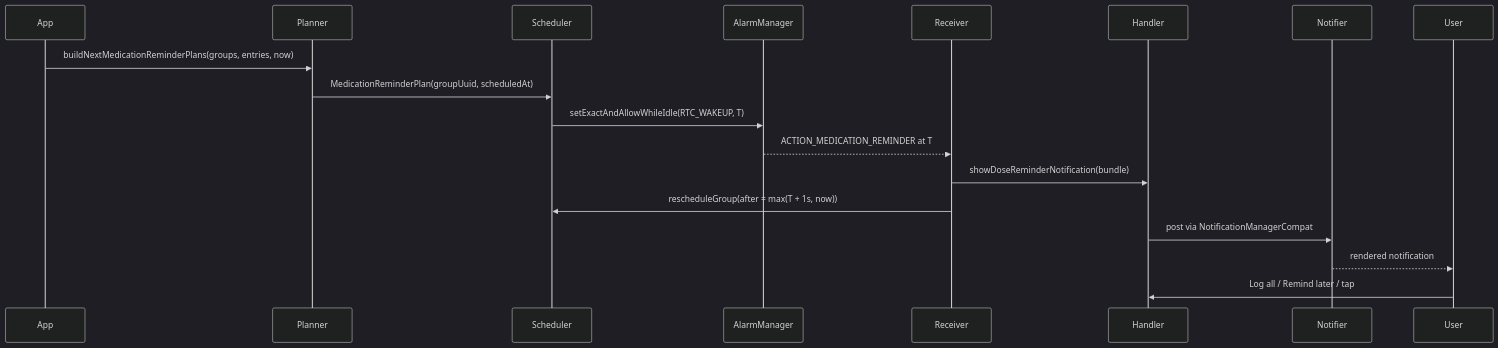
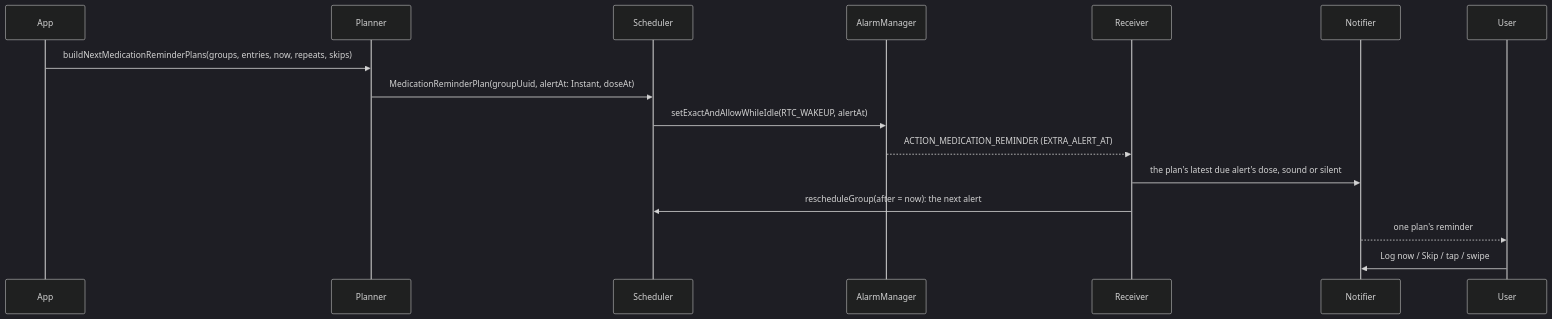
Before and after one commit to mkx173/Featherline: the diagram in docs/reminders.md, drawn with Mermaid (dark theme). The commit also changed other lines of this file and 69 other files, not shown here.

````diff
--- a/docs/reminders.md
+++ b/docs/reminders.md
@@ -13,21 +40,19 @@
 ```mermaid
 sequenceDiagram
   participant App
   participant Planner
   participant Scheduler
   participant AlarmManager
   participant Receiver
-  participant Handler
   participant Notifier
   participant User
 
-  App->>Planner: buildNextMedicationReminderPlans(groups, entries, now)
-  Planner->>Scheduler: MedicationReminderPlan(groupUuid, scheduledAt)
-  Scheduler->>AlarmManager: setExactAndAllowWhileIdle(RTC_WAKEUP, T)
-  AlarmManager-->>Receiver: ACTION_MEDICATION_REMINDER at T
-  Receiver->>Handler: showDoseReminderNotification(bundle)
-  Receiver->>Scheduler: rescheduleGroup(after = max(T + 1s, now))
-  Handler->>Notifier: post via NotificationManagerCompat
-  Notifier-->>User: rendered notification
-  User->>Handler: Log all / Remind later / tap
+  App->>Planner: buildNextMedicationReminderPlans(groups, entries, now, repeats, skips)
+  Planner->>Scheduler: MedicationReminderPlan(groupUuid, alertAt: Instant, doseAt)
+  Scheduler->>AlarmManager: setExactAndAllowWhileIdle(RTC_WAKEUP, alertAt)
+  AlarmManager-->>Receiver: ACTION_MEDICATION_REMINDER (EXTRA_ALERT_AT)
+  Receiver->>Notifier: the plan's latest due alert's dose, sound or silent
+  Receiver->>Scheduler: rescheduleGroup(after = now): the next alert
+  Notifier-->>User: one plan's reminder
+  User->>Notifier: Log now / Skip / tap / swipe
 ```
````
